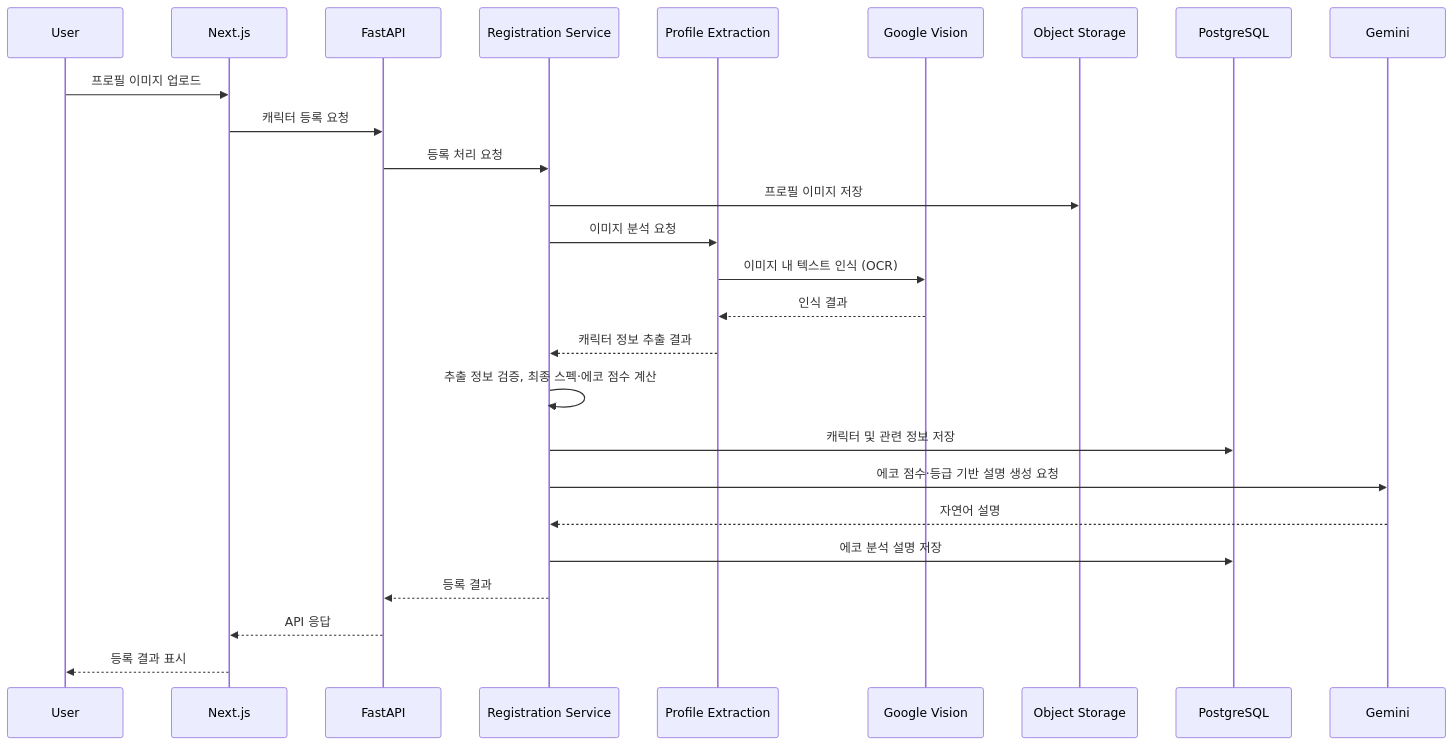
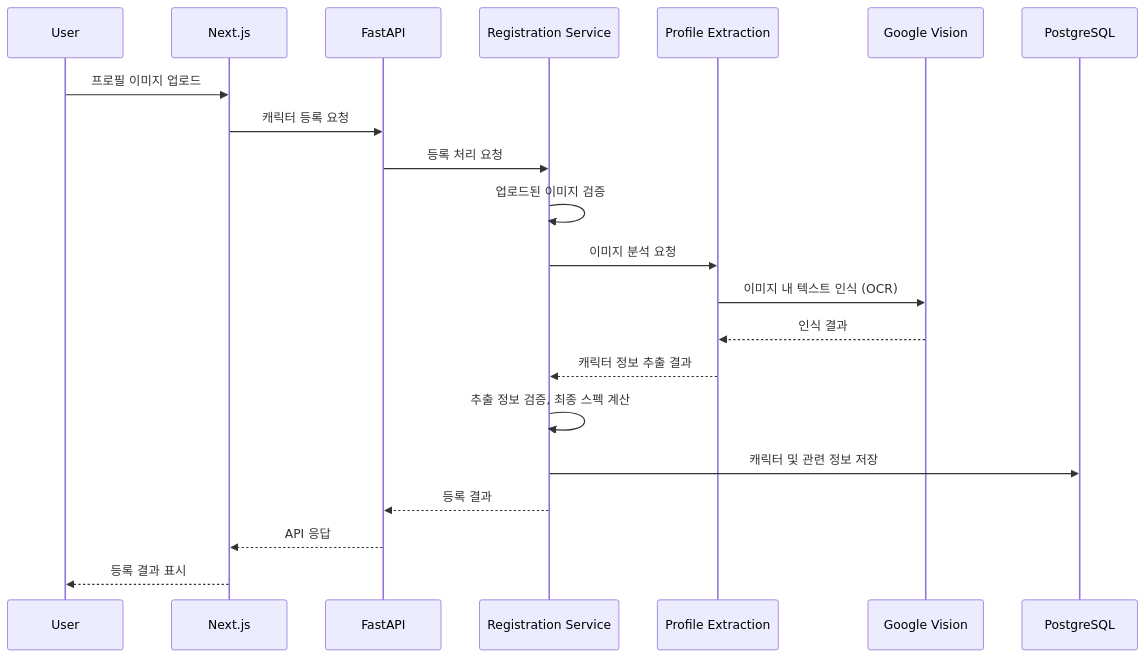
Before and after one commit to yeon025/WaveSync-BE: the second of 2 diagrams in README.md, drawn with Mermaid. The commit also changed other lines of this file and 3 other files, not shown here.

````diff
--- a/README.md
+++ b/README.md
@@ -131,33 +131,27 @@
 ```mermaid
 sequenceDiagram
     participant U as User
     participant F as Next.js
     participant R as FastAPI
     participant S as Registration Service
     participant P as Profile Extraction
     participant V as Google Vision
-    participant O as Object Storage
     participant D as PostgreSQL
-    participant G as Gemini
 
     U->>F: 프로필 이미지 업로드
     F->>R: 캐릭터 등록 요청
     R->>S: 등록 처리 요청
 
-    S->>O: 프로필 이미지 저장
+    S->>S: 업로드된 이미지 검증
     S->>P: 이미지 분석 요청
     P->>V: 이미지 내 텍스트 인식 (OCR)
     V-->>P: 인식 결과
     P-->>S: 캐릭터 정보 추출 결과
 
-    S->>S: 추출 정보 검증, 최종 스펙·에코 점수 계산
+    S->>S: 추출 정보 검증, 최종 스펙 계산
     S->>D: 캐릭터 및 관련 정보 저장
-
-    S->>G: 에코 점수·등급 기반 설명 생성 요청
-    G-->>S: 자연어 설명
-    S->>D: 에코 분석 설명 저장
 
     S-->>R: 등록 결과
     R-->>F: API 응답
     F-->>U: 등록 결과 표시
 ```
````
